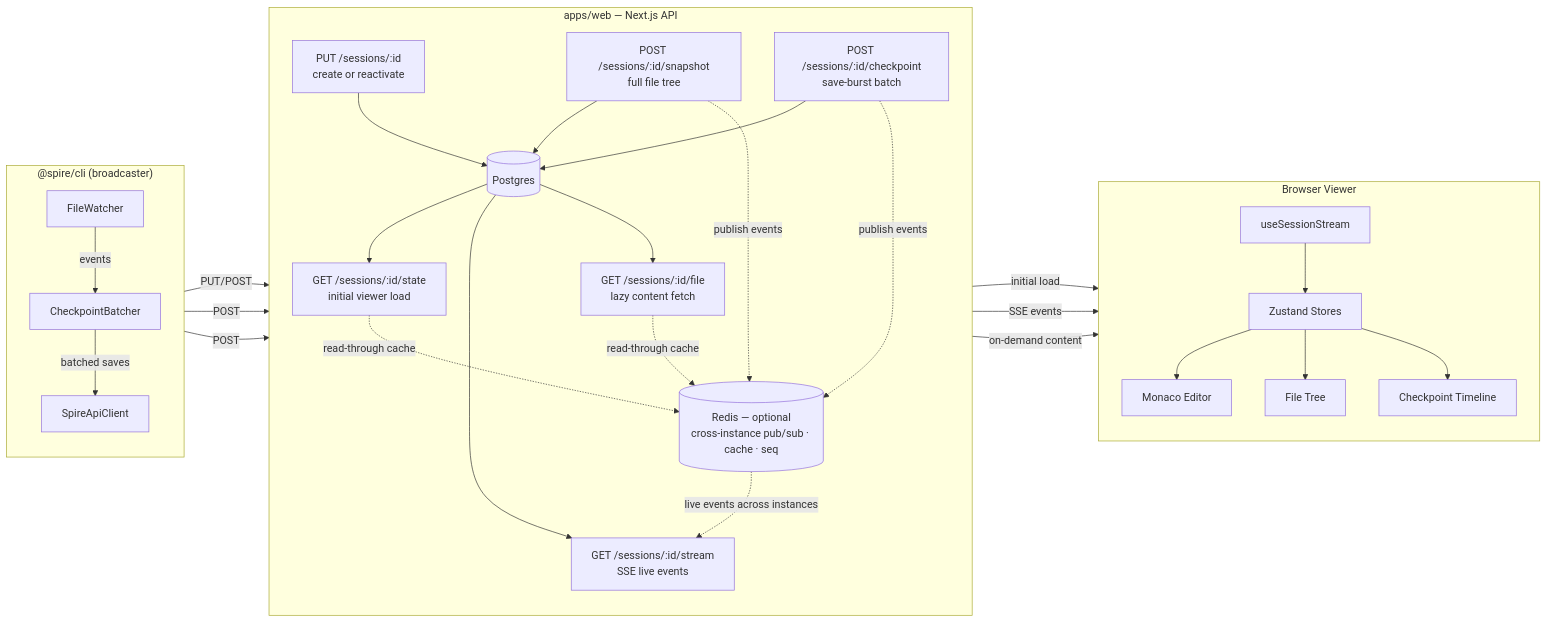
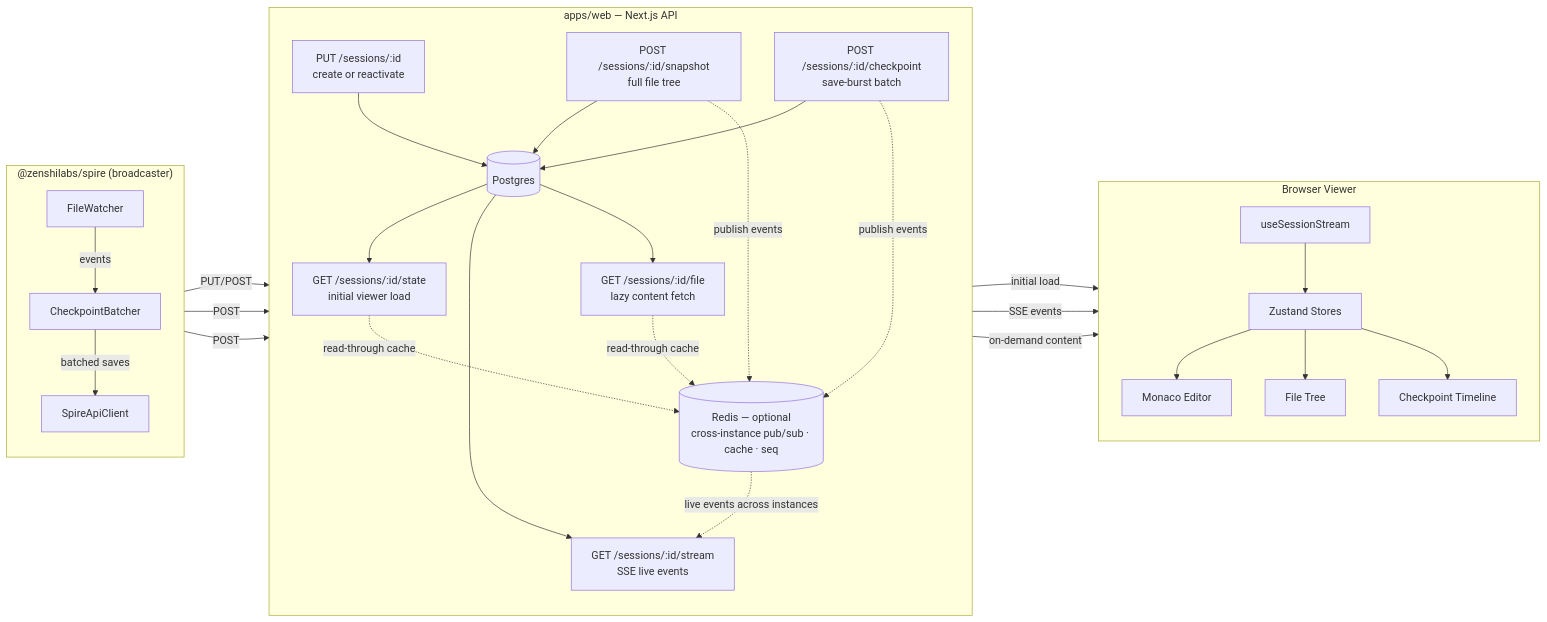
The first of 2 diagrams in README.md (ZenshiLabs/spire), drawn with Mermaid before and after one commit. The commit also changed other lines of this file and 6 other files, not shown here.

````diff
--- a/README.md
+++ b/README.md
@@ -7,40 +7,40 @@
 ```mermaid
 flowchart LR
-    subgraph cli["@spire/cli (broadcaster)"]
+    subgraph cli["@zenshilabs/spire (broadcaster)"]
         direction TB
         W[FileWatcher] -->|events| CB[CheckpointBatcher]
         CB -->|batched saves| CLIENT[SpireApiClient]
     end
 
     subgraph api["apps/web — Next.js API"]
         direction TB
         SESS["PUT /sessions/:id\ncreate or reactivate"]
         SNAP["POST /sessions/:id/snapshot\nfull file tree"]
         CHKPT["POST /sessions/:id/checkpoint\nsave-burst batch"]
         STATE["GET /sessions/:id/state\ninitial viewer load"]
         STREAM["GET /sessions/:id/stream\nSSE live events"]
         FILE["GET /sessions/:id/file\nlazy content fetch"]
         DB[(Postgres)]
         REDIS[(Redis — optional\ncross-instance pub/sub · cache · seq)]
         SESS & SNAP & CHKPT --> DB
         DB --> STATE & STREAM & FILE
         SNAP & CHKPT -.->|publish events| REDIS
         REDIS -.->|live events across instances| STREAM
         STATE & FILE -.->|read-through cache| REDIS
     end
 
     subgraph viewer["Browser Viewer"]
         direction TB
         HOOK[useSessionStream] --> STORES[Zustand Stores]
         STORES --> EDITOR[Monaco Editor]
         STORES --> TREE[File Tree]
         STORES --> TIMELINE[Checkpoint Timeline]
     end
 
     CLIENT -->|PUT/POST| SESS
     CLIENT -->|POST| SNAP
     CLIENT -->|POST| CHKPT
     STATE -->|initial load| HOOK
     STREAM -->|SSE events| HOOK
     FILE -->|on-demand content| EDITOR
 ```
````
